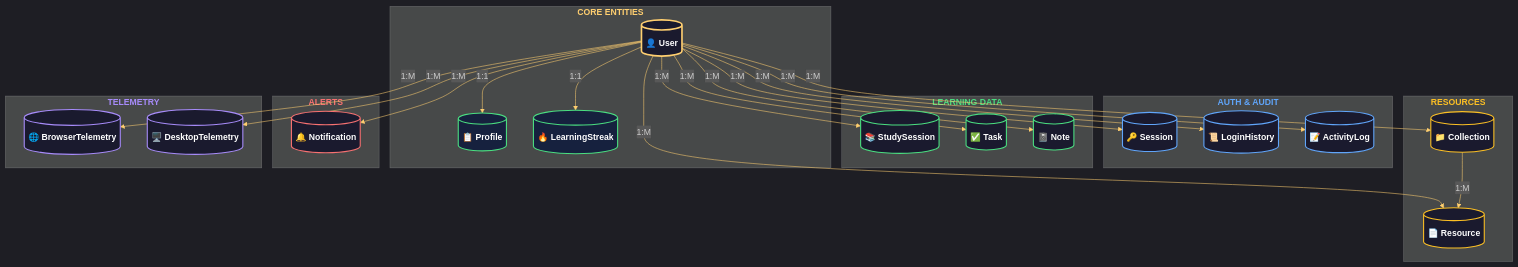
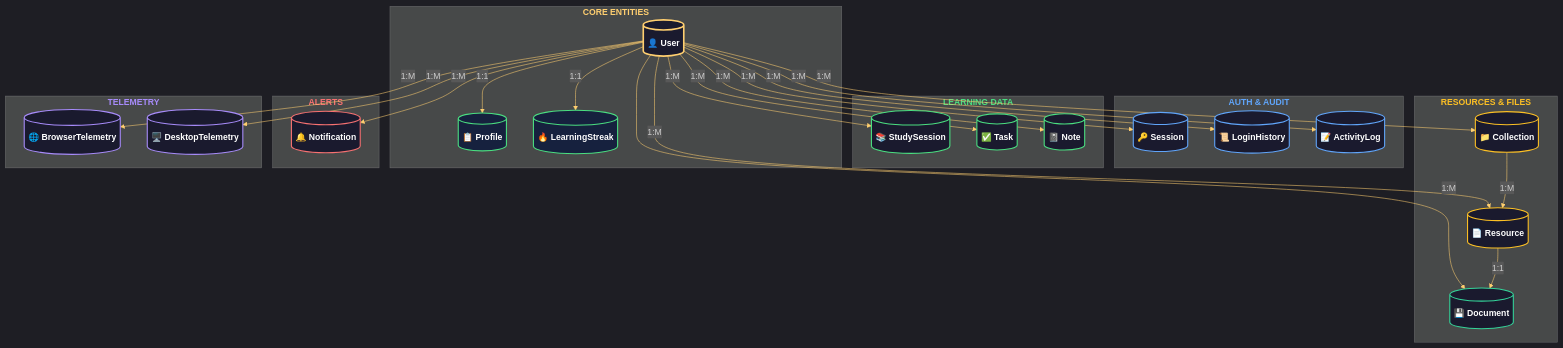
One commit to GaganCB2002/Cognarc_it changed the third of 3 diagrams in database/ERD.md. Above: the diagram before and after it, drawn with Mermaid. The commit also changed other lines of this file and 16 other files, not shown here.

````diff
--- a/database/ERD.md
+++ b/database/ERD.md
@@ -205,65 +229,69 @@
 ```mermaid
 %%{init: {'theme': 'dark', 'themeVariables': { 'primaryColor': '#0a0a0a', 'primaryTextColor': '#f5f5f5', 'lineColor': '#FFCF70', 'background': '#0A0A0A'}}}%%
 flowchart TB
   subgraph Core["<b><font color=#FFCF70>CORE ENTITIES</font></b>"]
     U[("👤 <b>User</b>")]
     P[("📋 <b>Profile</b>")]
     LS[("🔥 <b>LearningStreak</b>")]
   end
 
   subgraph Auth["<b><font color=#60A5FA>AUTH & AUDIT</font></b>"]
     S[("🔑 <b>Session</b>")]
     LH[("📜 <b>LoginHistory</b>")]
     AL[("📝 <b>ActivityLog</b>")]
   end
 
   subgraph Learning["<b><font color=#4ADE80>LEARNING DATA</font></b>"]
     SS[("📚 <b>StudySession</b>")]
     T[("✅ <b>Task</b>")]
     N[("📓 <b>Note</b>")]
   end
 
-  subgraph Resources["<b><font color=#FBBF24>RESOURCES</font></b>"]
+  subgraph Resources["<b><font color=#FBBF24>RESOURCES & FILES</font></b>"]
     R[("📄 <b>Resource</b>")]
     C[("📁 <b>Collection</b>")]
+    D[("💾 <b>Document</b>")]
   end
 
   subgraph Alerts["<b><font color=#F87171>ALERTS</font></b>"]
     NOTIF[("🔔 <b>Notification</b>")]
   end
 
   subgraph Telemetry["<b><font color=#A78BFA>TELEMETRY</font></b>"]
     BT[("🌐 <b>BrowserTelemetry</b>")]
     DT[("🖥️ <b>DesktopTelemetry</b>")]
   end
 
   U -->|1:1| P
   U -->|1:1| LS
   U -->|1:M| S
   U -->|1:M| LH
   U -->|1:M| AL
   U -->|1:M| SS
   U -->|1:M| T
   U -->|1:M| N
   U -->|1:M| R
+  U -->|1:M| D
+  R -->|1:1| D
   U -->|1:M| C
   U -->|1:M| NOTIF
   U -->|1:M| BT
   U -->|1:M| DT
   C -->|1:M| R
 
   style U fill:#1a1a2e,stroke:#FFCF70,stroke-width:3px,color:#fff
   style P fill:#16213e,stroke:#4ADE80,stroke-width:2px,color:#fff
   style LS fill:#16213e,stroke:#4ADE80,stroke-width:2px,color:#fff
   style S fill:#1a1a2e,stroke:#60A5FA,stroke-width:2px,color:#fff
   style LH fill:#1a1a2e,stroke:#60A5FA,stroke-width:2px,color:#fff
   style AL fill:#1a1a2e,stroke:#60A5FA,stroke-width:2px,color:#fff
   style SS fill:#1a1a2e,stroke:#4ADE80,stroke-width:2px,color:#fff
   style T fill:#1a1a2e,stroke:#4ADE80,stroke-width:2px,color:#fff
   style N fill:#1a1a2e,stroke:#4ADE80,stroke-width:2px,color:#fff
   style R fill:#1a1a2e,stroke:#FBBF24,stroke-width:2px,color:#fff
   style C fill:#1a1a2e,stroke:#FBBF24,stroke-width:2px,color:#fff
+  style D fill:#1a1a2e,stroke:#34D399,stroke-width:2px,color:#fff
   style NOTIF fill:#1a1a2e,stroke:#F87171,stroke-width:2px,color:#fff
   style BT fill:#1a1a2e,stroke:#A78BFA,stroke-width:2px,color:#fff
   style DT fill:#1a1a2e,stroke:#A78BFA,stroke-width:2px,color:#fff
 ```
````
